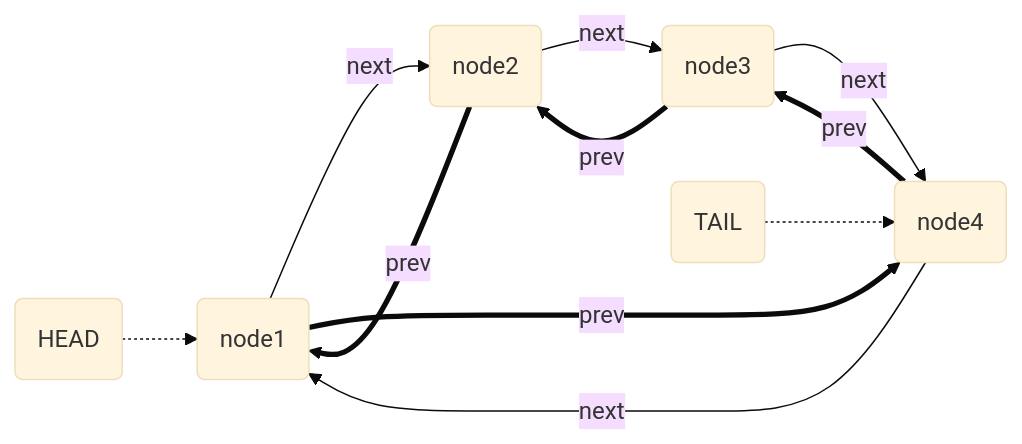
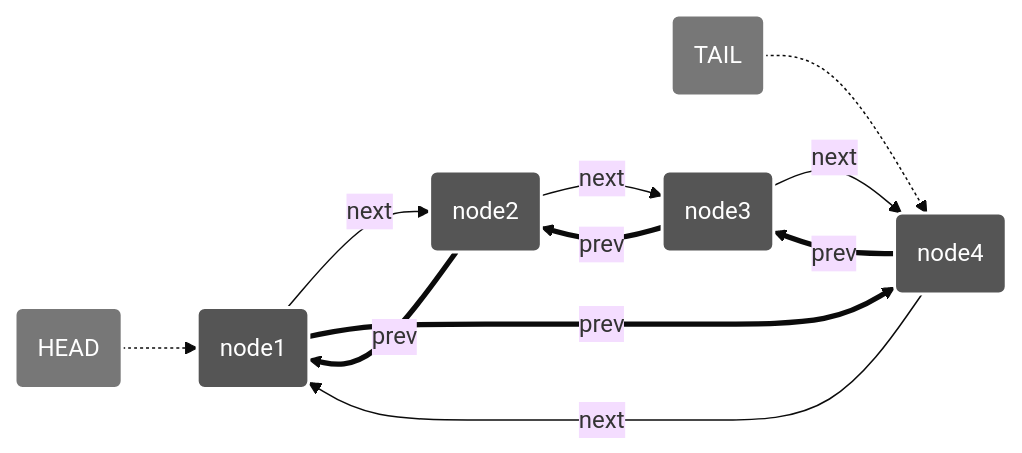
The fourth of 6 diagrams in list.md (PugazharasanC/Problem-Solving-Session-Apr-10), drawn with Mermaid (base theme) before and after one commit. The commit also changed other lines of this file, not shown here.

````diff
--- a/list.md
+++ b/list.md
@@ -50,14 +103,20 @@
 ```mermaid
 graph LR
+    style head fill:#777777,stroke:#ffffff,stroke-width:2px,color:#ffffff
+    style tail fill:#777777,stroke:#ffffff,stroke-width:2px,color:#ffffff
+    style node1 fill:#555555,stroke:#ffffff,stroke-width:2px,color:#ffffff
+    style node2 fill:#555555,stroke:#ffffff,stroke-width:2px,color:#ffffff
+    style node3 fill:#555555,stroke:#ffffff,stroke-width:2px,color:#ffffff
+    style node4 fill:#555555,stroke:#ffffff,stroke-width:2px,color:#ffffff
+
     head(HEAD) -.-> node1(node1)
     node1 --next--> node2(node2)
-    node2 ==prev==>node1
+    node2 ==prev==> node1
     node2 --next--> node3(node3)
     node3 ==prev==> node2
     node3 --next--> node4(node4)
     node4 ==prev==> node3
+    node4 --next--> node1
     node1 ==prev==> node4
     tail(TAIL) -.-> node4
-    node4 --next--> node1
-
 ```
````
